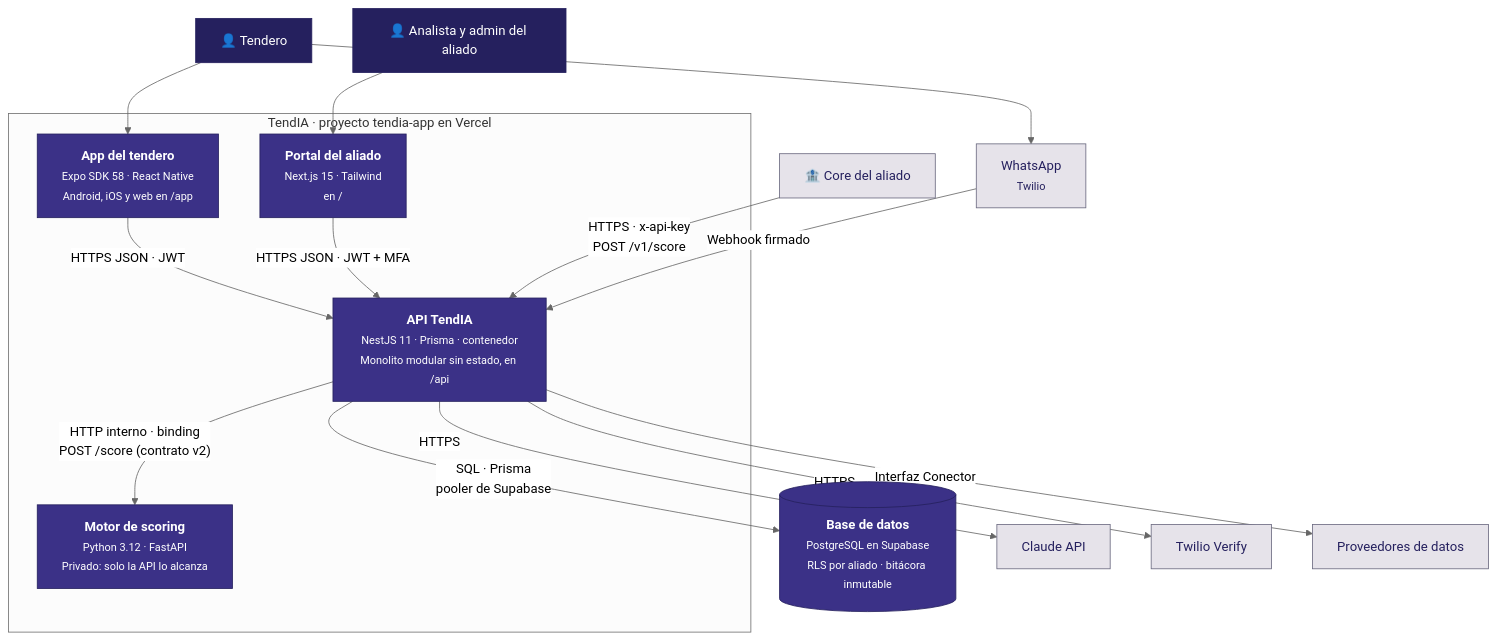
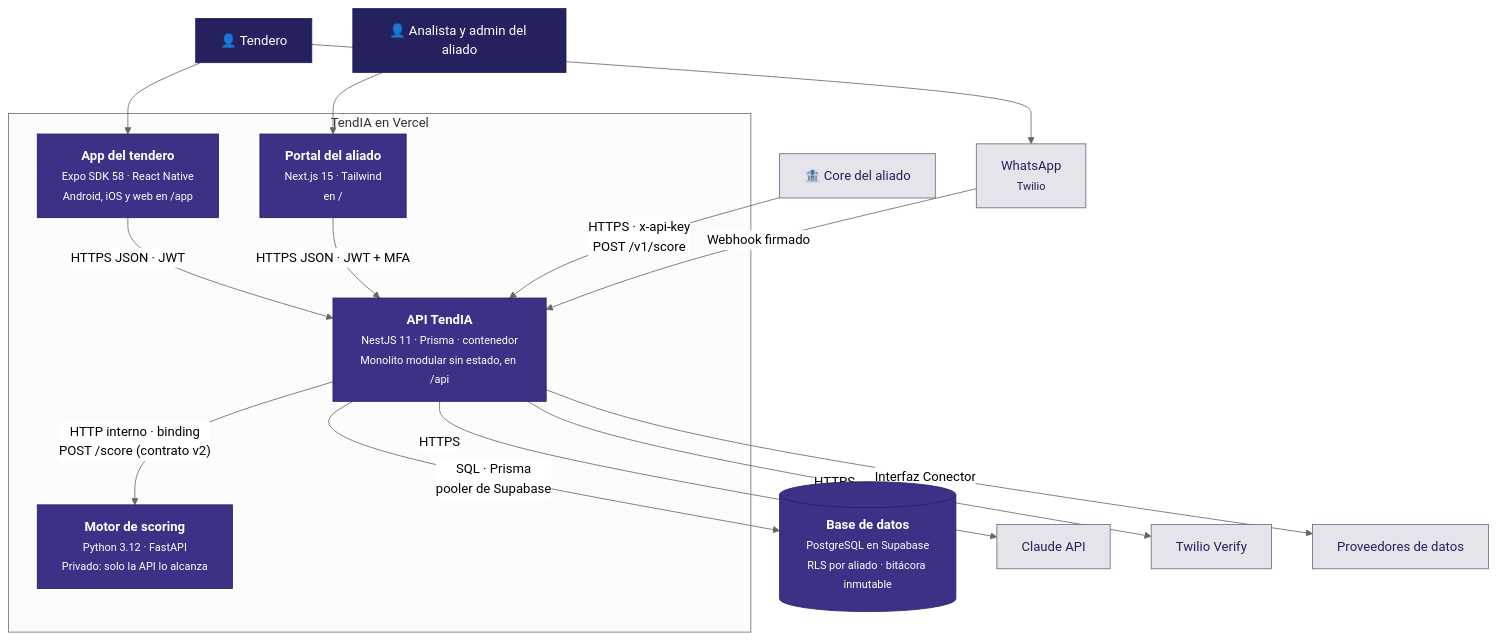
One commit to TendIA-IETI-Team/tendia changed the second of 4 diagrams in docs/diseno/c4.md. Above: the diagram before and after it, drawn with Mermaid (neutral theme).

Commit message:
docs(diseno): título corto del límite del sistema en el C4 de contenedores

````diff
--- a/docs/diseno/c4.md
+++ b/docs/diseno/c4.md
@@ -47,39 +47,39 @@
 ```mermaid
 flowchart TB
   tendero["👤 Tendero"]
   analista["👤 Analista y admin del aliado"]
   core["🏦 Core del aliado"]
 
-  subgraph tendia["TendIA · proyecto tendia-app en Vercel"]
+  subgraph tendia["TendIA en Vercel"]
     app["<b>App del tendero</b><br/><small>Expo SDK 58 · React Native<br/>Android, iOS y web en /app</small>"]
     portal["<b>Portal del aliado</b><br/><small>Next.js 15 · Tailwind<br/>en /</small>"]
     api["<b>API TendIA</b><br/><small>NestJS 11 · Prisma · contenedor<br/>Monolito modular sin estado, en /api</small>"]
     scoring["<b>Motor de scoring</b><br/><small>Python 3.12 · FastAPI<br/>Privado: solo la API lo alcanza</small>"]
   end
   db[("<b>Base de datos</b><br/><small>PostgreSQL en Supabase<br/>RLS por aliado · bitácora inmutable</small>")]
 
   wa["WhatsApp<br/><small>Twilio</small>"]
   claude["Claude API"]
   twilio["Twilio Verify"]
   datos["Proveedores de datos"]
 
   tendero --> app
   tendero --> wa
   analista --> portal
   app -- "HTTPS JSON · JWT" --> api
   portal -- "HTTPS JSON · JWT + MFA" --> api
   core -- "HTTPS · x-api-key<br/>POST /v1/score" --> api
   wa -- "Webhook firmado" --> api
   api -- "SQL · Prisma<br/>pooler de Supabase" --> db
   api -- "HTTP interno · binding<br/>POST /score (contrato v2)" --> scoring
   api -- "HTTPS" --> claude
   api -- "HTTPS" --> twilio
   api -- "Interfaz Conector" --> datos
 
   classDef persona fill:#25205E,stroke:#25205E,color:#fff
   classDef contenedor fill:#3B3187,stroke:#25205E,color:#fff
   classDef externo fill:#E6E3EA,stroke:#6B6A80,color:#25205E
   class tendero,analista persona
   class app,portal,api,scoring,db contenedor
   class core,wa,claude,twilio,datos externo
 ```
````
